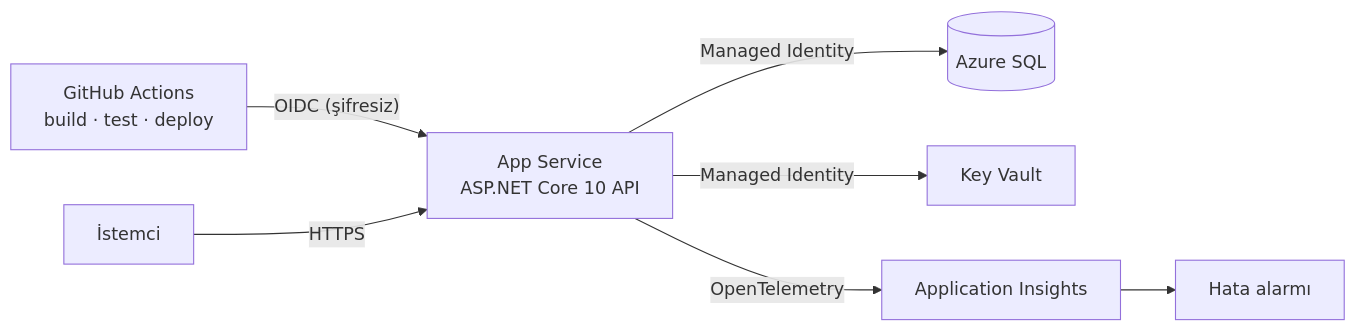
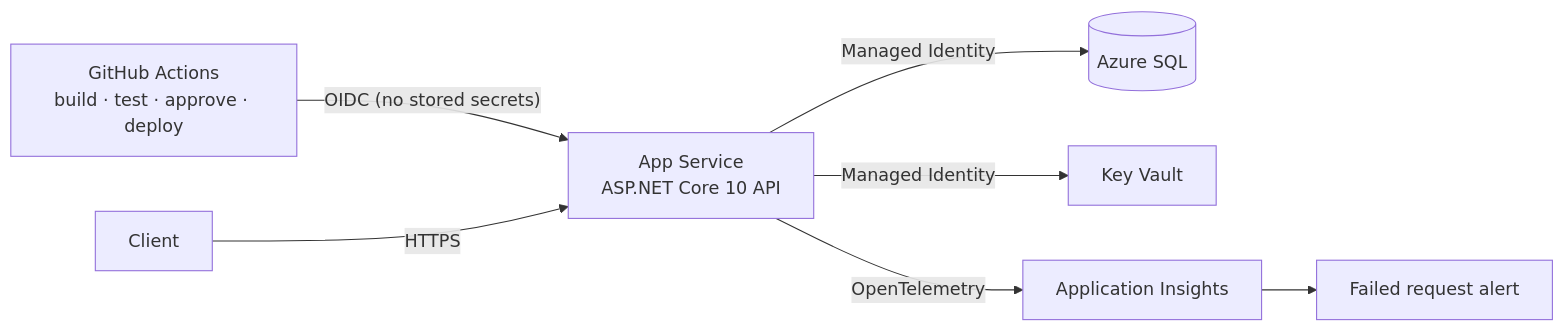
The diagram in README.md (NejatSENER/mini-obilet), drawn with Mermaid before and after one commit. The commit also changed other lines of this file and 11 other files, not shown here.

````diff
--- a/README.md
+++ b/README.md
@@ -7,9 +9,9 @@
 ```mermaid
 flowchart LR
-    GH[GitHub Actions<br/>build · test · deploy] -- "OIDC (şifresiz)" --> APP
-    U[İstemci] -- HTTPS --> APP[App Service<br/>ASP.NET Core 10 API]
+    GH[GitHub Actions<br/>build · test · approve · deploy] -- "OIDC (no stored secrets)" --> APP
+    U[Client] -- HTTPS --> APP[App Service<br/>ASP.NET Core 10 API]
     APP -- "Managed Identity" --> SQL[(Azure SQL)]
     APP -- "Managed Identity" --> KV[Key Vault]
     APP -- "OpenTelemetry" --> AI[Application Insights]
-    AI --> AL[Hata alarmı]
+    AI --> AL[Failed request alert]
 ```
````
